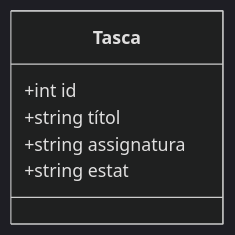
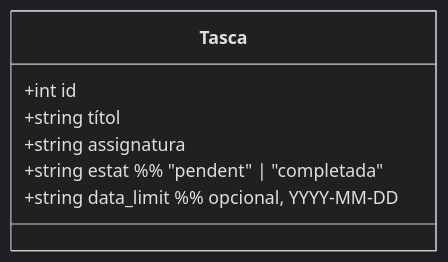
One commit to cocoo2k/RS-Practica5 changed the diagram in SPECIFICATIONS.md. Above: the diagram before and after it, drawn with Mermaid (dark theme). The commit also changed other lines of this file and 2 other files, not shown here.

Commit message:
docs: especificació sprint 2 (data límit, edit, done, indicadors)

````diff
--- a/SPECIFICATIONS.md
+++ b/SPECIFICATIONS.md
@@ -11,9 +31,10 @@
 ```mermaid
 classDiagram
     class Tasca {
         +int id
         +string títol
         +string assignatura
-        +string estat
+        +string estat  %% "pendent" | "completada"
+        +string data_limit  %% opcional, YYYY-MM-DD
     }
 ```
````
